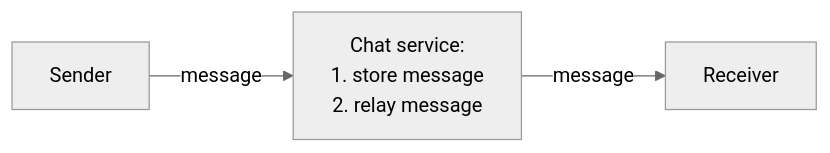
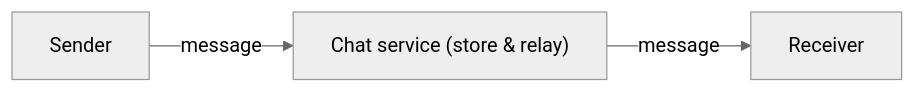
The second of 18 diagrams in 1.ChatApp.md (NalinDalal/system-design), drawn with Mermaid (neutral theme) before and after one commit. The commit also changed other lines of this file, not shown here.

Commit message:
chat app design

````diff
--- a/1.ChatApp.md
+++ b/1.ChatApp.md
@@ -67,5 +59,5 @@
 ```mermaid
 flowchart LR
-    S[Sender] -- message --> CS[Chat service:\n1. store message\n2. relay message]
-    CS -- message --> R[Receiver]
+    S[Sender] -- message --> CS["Chat service (store & relay)"]
+    CS -- message --> R["Receiver"]
 ```
````
